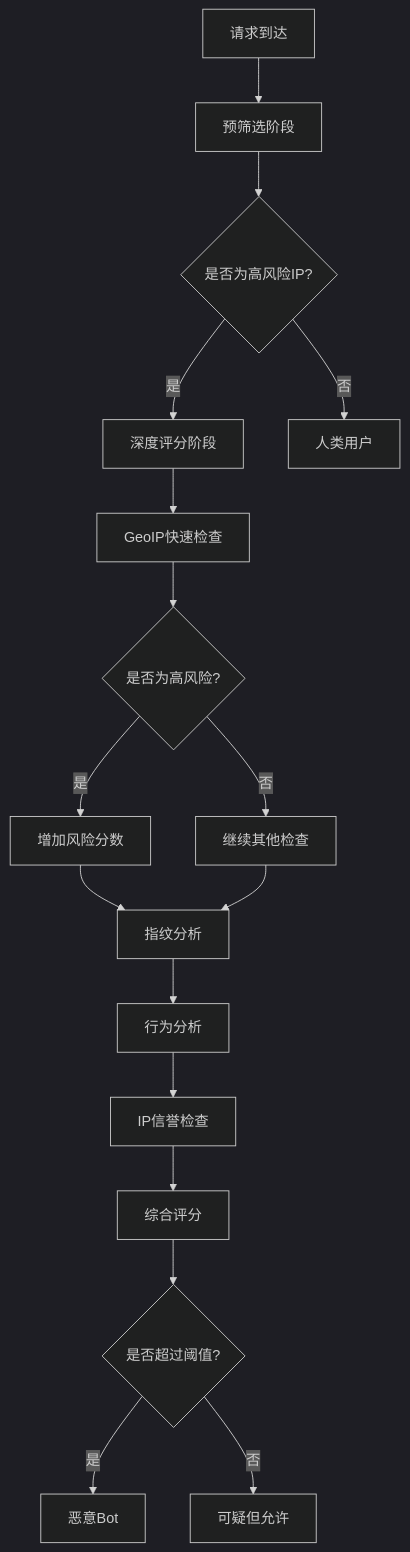
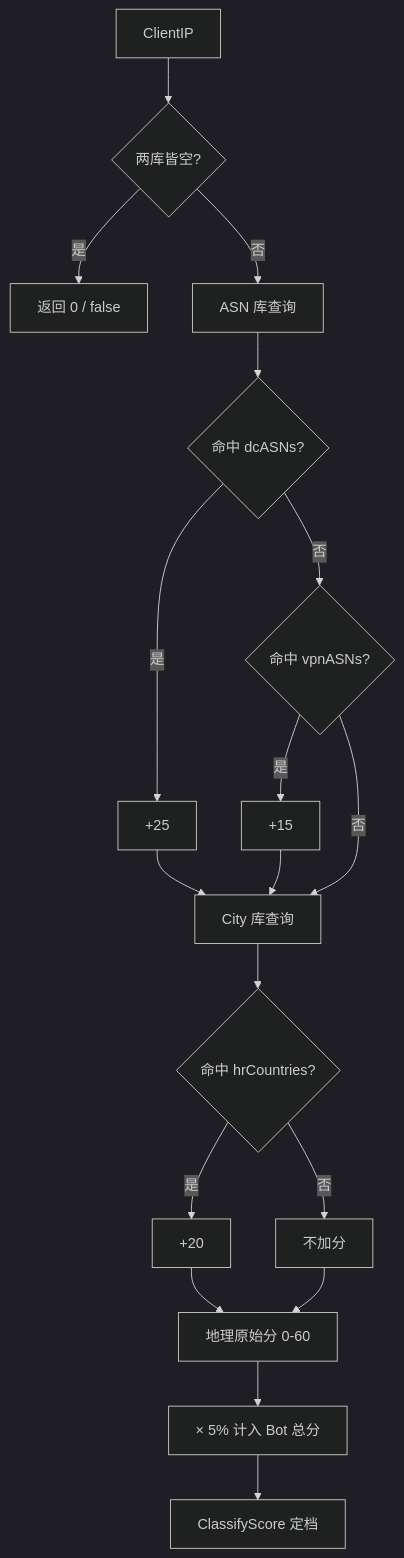
One commit to x01n/My-OpenWaf changed the second of 4 diagrams in docs/安全防护功能/地理位置阻断.md. Above: the diagram before and after it, drawn with Mermaid (dark theme). The commit also changed other lines of this file and 622 other files, not shown here.

````diff
--- a/docs/安全防护功能/地理位置阻断.md
+++ b/docs/安全防护功能/地理位置阻断.md
@@ -195,19 +182,20 @@
 ```mermaid
 flowchart TD
-A[请求到达] --> B[预筛选阶段]
-B --> C{是否为高风险IP?}
-C --> |是| D[深度评分阶段]
-C --> |否| E[人类用户]
-D --> F[GeoIP快速检查]
-F --> G{是否为高风险?}
-G --> |是| H[增加风险分数]
-G --> |否| I[继续其他检查]
-H --> J[指纹分析]
-I --> J
-J --> K[行为分析]
-K --> L[IP信誉检查]
-L --> M[综合评分]
-M --> N{是否超过阈值?}
-N --> |是| O[恶意Bot]
-N --> |否| P[可疑但允许]
+A["ClientIP"] --> B{"两库皆空?"}
+B --> |是| Z["返回 0 / false"]
+B --> |否| C["ASN 库查询"]
+C --> D{"命中 dcASNs?"}
+D --> |是| E["+25"]
+D --> |否| F{"命中 vpnASNs?"}
+F --> |是| G["+15"]
+F --> |否| H["City 库查询"]
+E --> H
+G --> H
+H --> I{"命中 hrCountries?"}
+I --> |是| J["+20"]
+I --> |否| K["不加分"]
+J --> L["地理原始分 0-60"]
+K --> L
+L --> M["× 5% 计入 Bot 总分"]
+M --> N["ClassifyScore 定档"]
 ```
````
